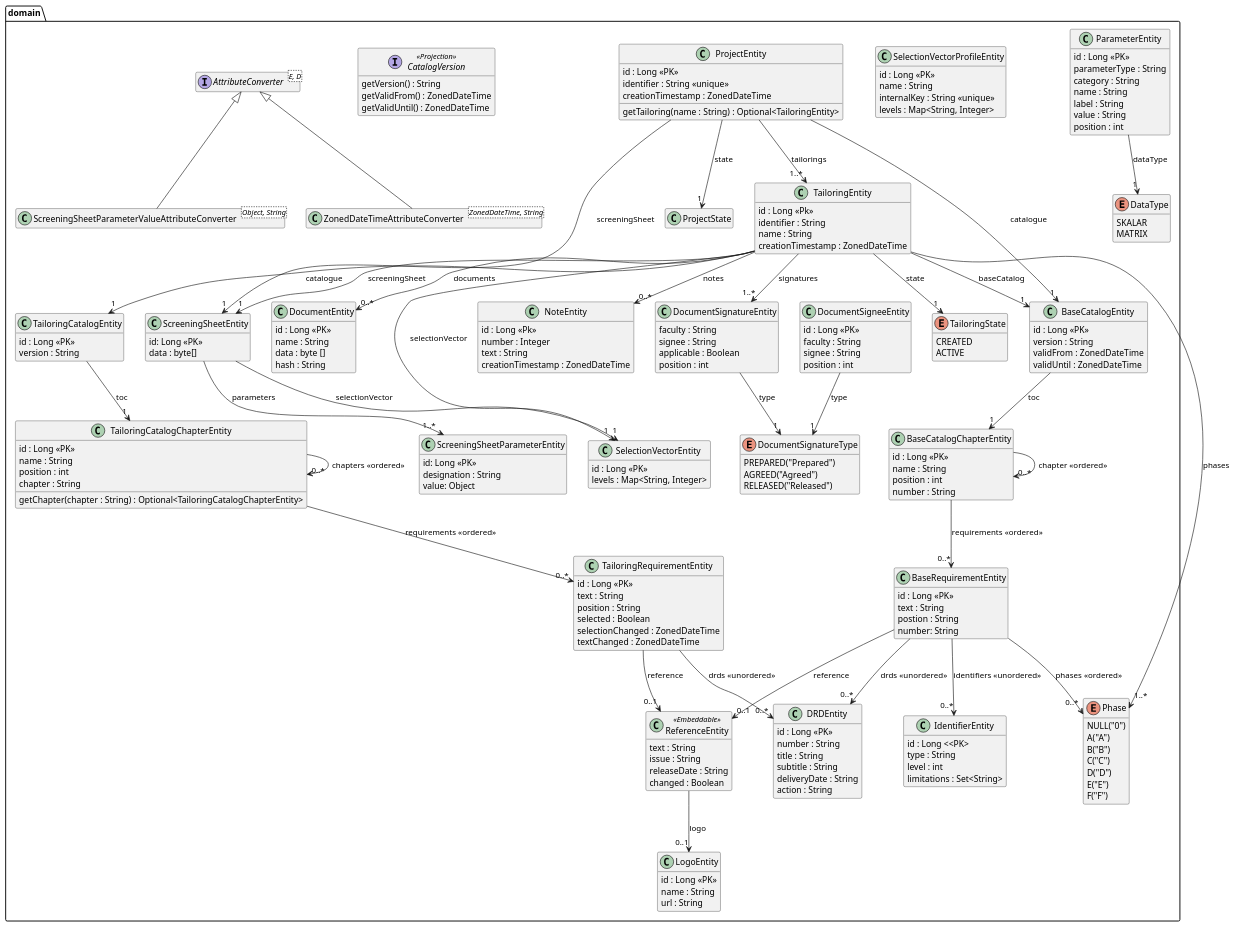
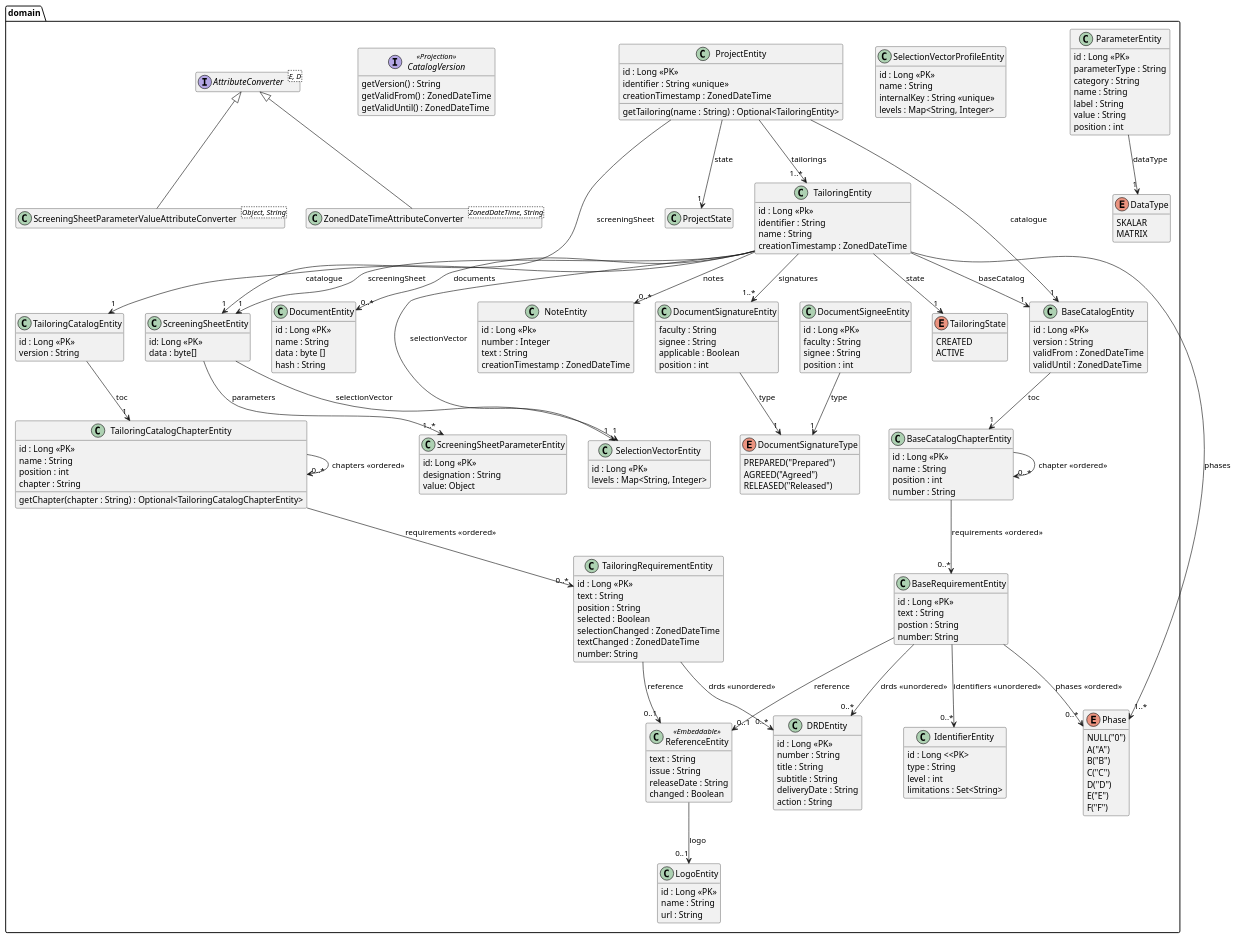
One commit to tailoringexpert/platform changed the diagram in src/site/arc42/plantuml/data-jpa/domain/Ebene3.plantuml. Above: the diagram before and after it, drawn with PlantUML. The commit also changed 11 other files, not shown here.

```diff
--- a/src/site/arc42/plantuml/data-jpa/domain/Ebene3.plantuml
+++ b/src/site/arc42/plantuml/data-jpa/domain/Ebene3.plantuml
@@ -129,6 +129,7 @@
         selected : Boolean
         selectionChanged : ZonedDateTime
         textChanged : ZonedDateTime
+        number: String
     }
     TailoringRequirementEntity --> "0..1" ReferenceEntity : reference
     TailoringRequirementEntity --> "0..*" DRDEntity : drds <<unordered>>
```
